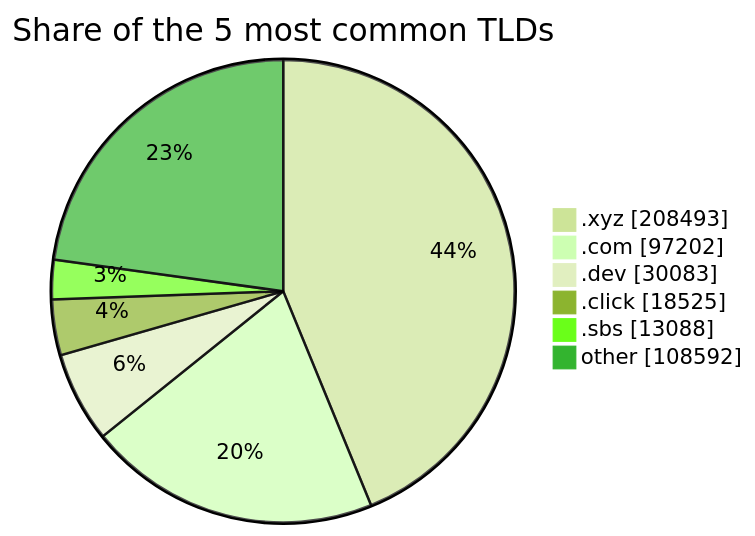
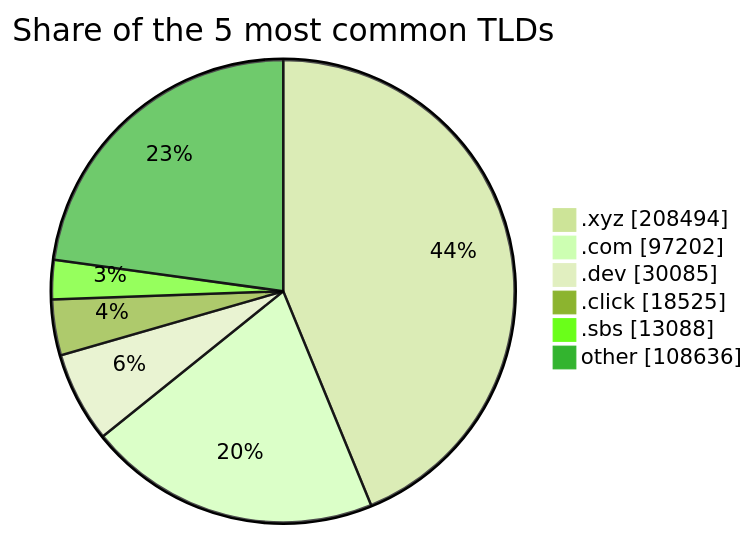
One commit to DNSBunker/CTI changed the third of 3 diagrams in README.md. Above: the diagram before and after it, drawn with Mermaid (forest theme). The commit also changed other lines of this file and 3 other files, not shown here.

````diff
--- a/README.md
+++ b/README.md
@@ -81,9 +81,9 @@
 ```mermaid
 pie showData title Share of the 5 most common TLDs
-    ".xyz" : 208493
+    ".xyz" : 208494
     ".com" : 97202
-    ".dev" : 30083
+    ".dev" : 30085
     ".click" : 18525
     ".sbs" : 13088
-    "other" : 108592
+    "other" : 108636
 ```
````
